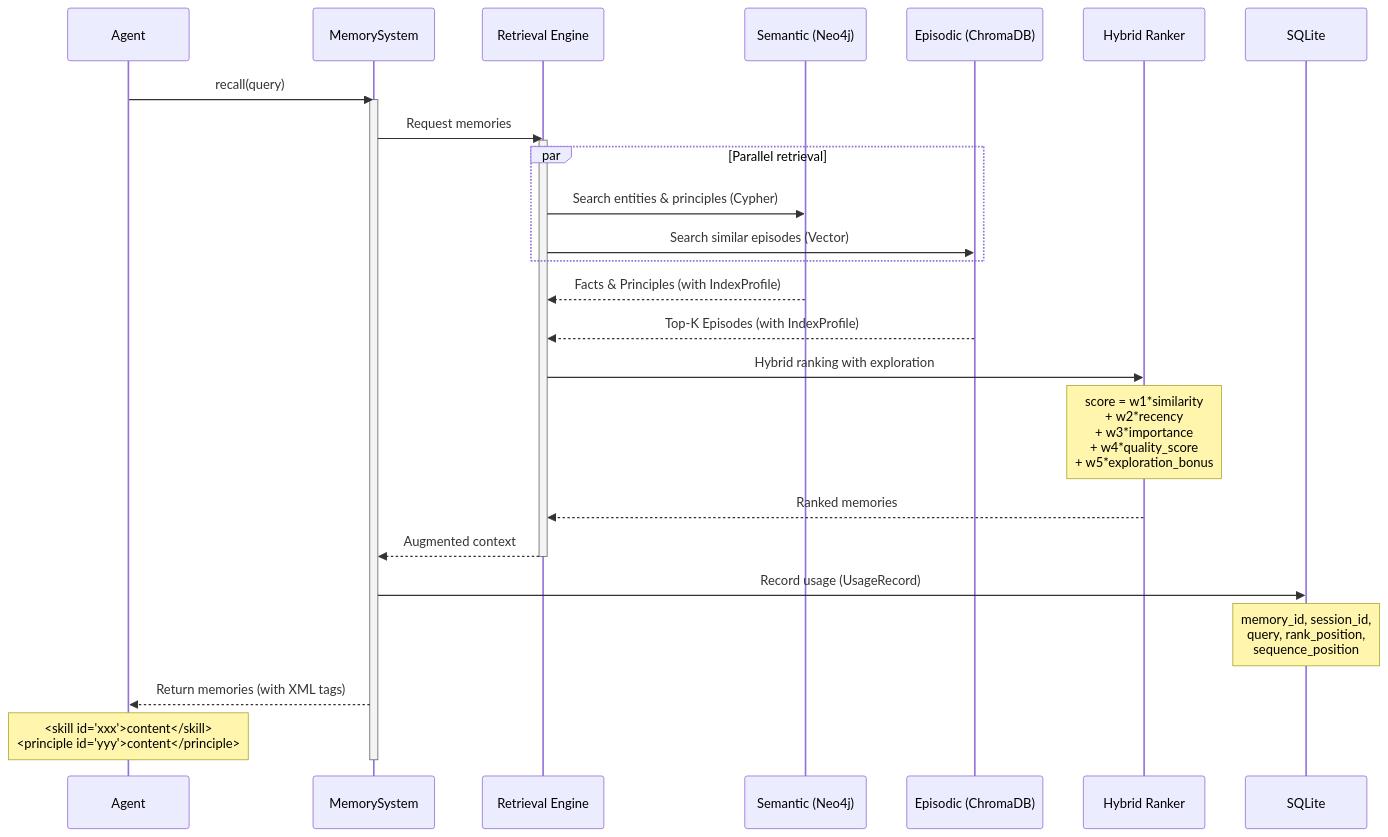
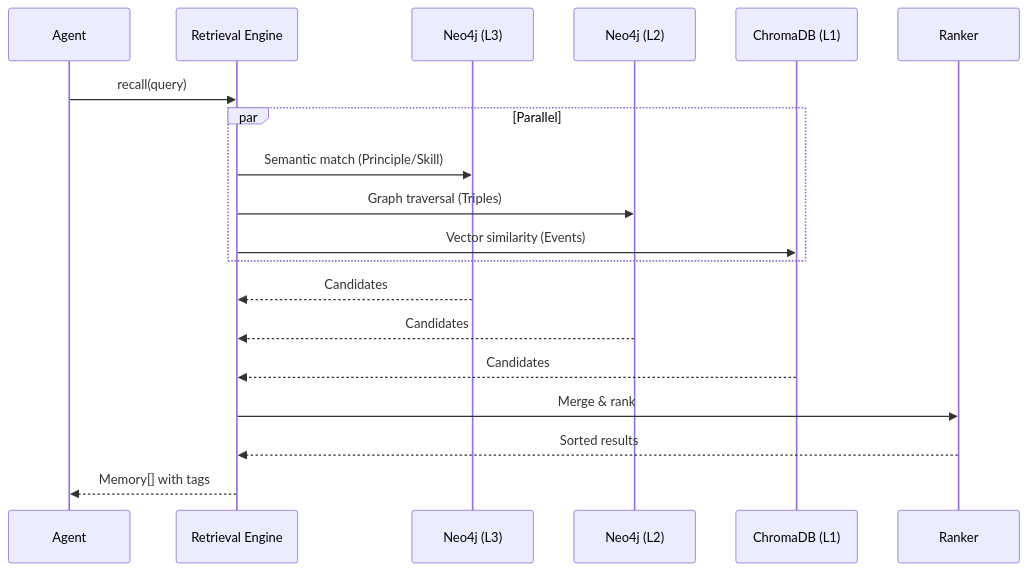
One commit to Lincyaw/h-mem changed the fifth of 9 diagrams in docs/workflows.md. Above: the diagram before and after it, drawn with Mermaid. The commit also changed other lines of this file and 3 other files, not shown here.

````diff
--- a/docs/workflows.md
+++ b/docs/workflows.md
@@ -13,40 +157,25 @@
 ```mermaid
 sequenceDiagram
     participant A as Agent
-    participant MS as MemorySystem
     participant RE as Retrieval Engine
-    participant GDB as Semantic (Neo4j)
-    participant VDB as Episodic (ChromaDB)
-    participant RANK as Hybrid Ranker
-    participant SQL as SQLite
+    participant L3 as Neo4j (L3)
+    participant L2 as Neo4j (L2)
+    participant L1 as ChromaDB (L1)
+    participant RANK as Ranker
 
-    A->>MS: recall(query)
-    activate MS
+    A->>RE: recall(query)
 
-    MS->>RE: Request memories
-    activate RE
-
-    par Parallel retrieval
-        RE->>GDB: Search entities & principles (Cypher)
-        RE->>VDB: Search similar episodes (Vector)
+    par Parallel
+        RE->>L3: Semantic match (Principle/Skill)
+        RE->>L2: Graph traversal (Triples)
+        RE->>L1: Vector similarity (Events)
     end
 
-    GDB-->>RE: Facts & Principles (with IndexProfile)
-    VDB-->>RE: Top-K Episodes (with IndexProfile)
+    L3-->>RE: Candidates
+    L2-->>RE: Candidates
+    L1-->>RE: Candidates
 
-    RE->>RANK: Hybrid ranking with exploration
-    Note over RANK: score = w1*similarity<br/>+ w2*recency<br/>+ w3*importance<br/>+ w4*quality_score<br/>+ w5*exploration_bonus
-
-    RANK-->>RE: Ranked memories
-
-    RE-->>MS: Augmented context
-    deactivate RE
-
-    MS->>SQL: Record usage (UsageRecord)
-    Note over SQL: memory_id, session_id,<br/>query, rank_position,<br/>sequence_position
-
-    MS-->>A: Return memories (with XML tags)
-    Note over A: <skill id="xxx">content</skill><br/><principle id="yyy">content</principle>
-
-    deactivate MS
+    RE->>RANK: Merge & rank
+    RANK-->>RE: Sorted results
+    RE-->>A: Memory[] with tags
 ```
````
